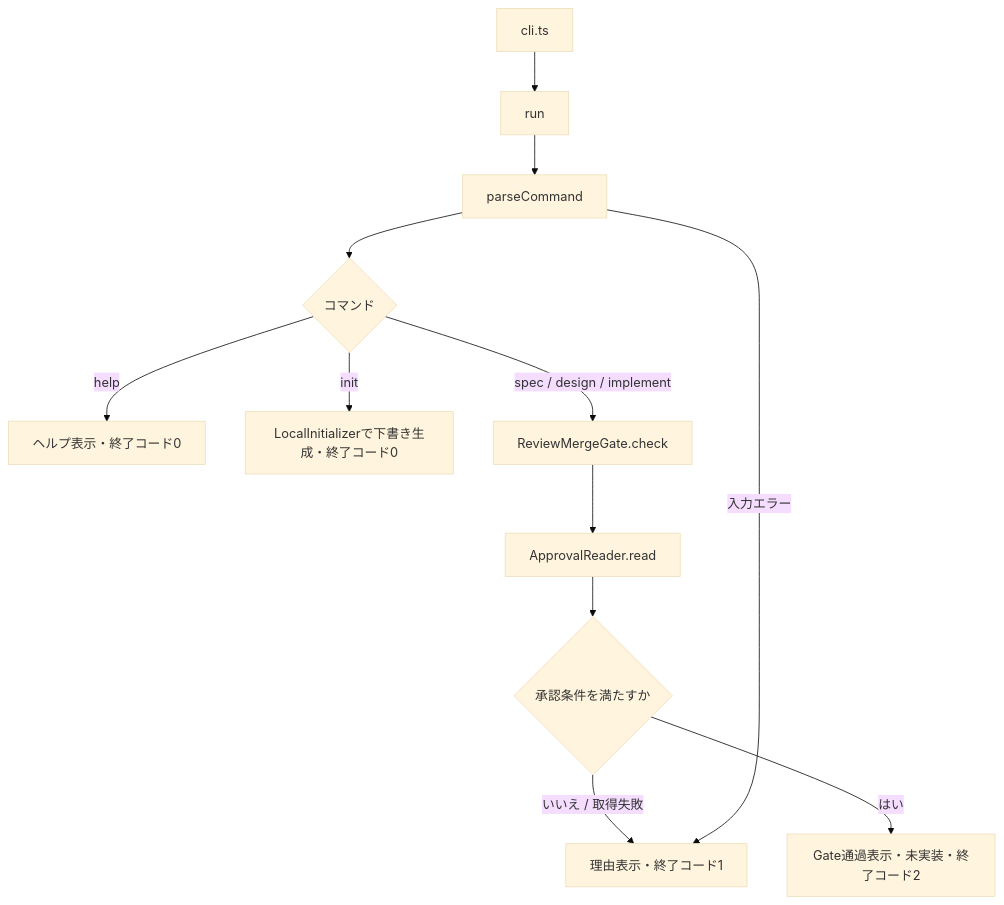
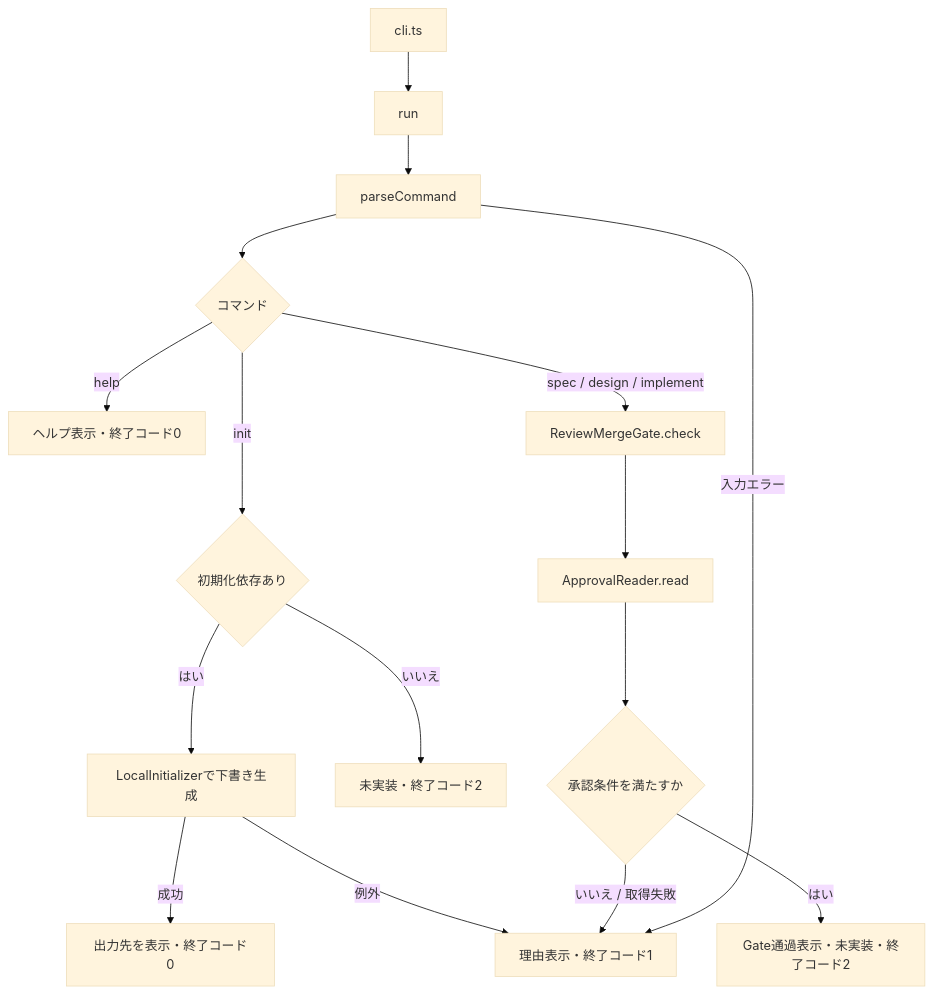
Before and after one commit to bluerabbits69/ai-driven-assistant-cli: the third of 3 diagrams in docs/architecture.md, drawn with Mermaid (base theme). The commit also changed other lines of this file, not shown here.

Commit message:
[add] クラス図とクラス概説を追記

````diff
--- a/docs/architecture.md
+++ b/docs/architecture.md
@@ -231,14 +276,18 @@
 ```mermaid
 flowchart TD
     A[cli.ts] --> B[run]
     B --> C[parseCommand]
     C --> D{コマンド}
     D -->|help| E[ヘルプ表示・終了コード0]
-    D -->|init| F[LocalInitializerで下書き生成・終了コード0]
+    D -->|init| L{初期化依存あり}
+    L -->|はい| F[LocalInitializerで下書き生成]
+    L -->|いいえ| M[未実装・終了コード2]
+    F -->|成功| N[出力先を表示・終了コード0]
+    F -->|例外| J
     D -->|spec / design / implement| G[ReviewMergeGate.check]
     G --> H[ApprovalReader.read]
     H --> I{承認条件を満たすか}
     I -->|いいえ / 取得失敗| J[理由表示・終了コード1]
     I -->|はい| K[Gate通過表示・未実装・終了コード2]
     C -->|入力エラー| J
 ```
````
